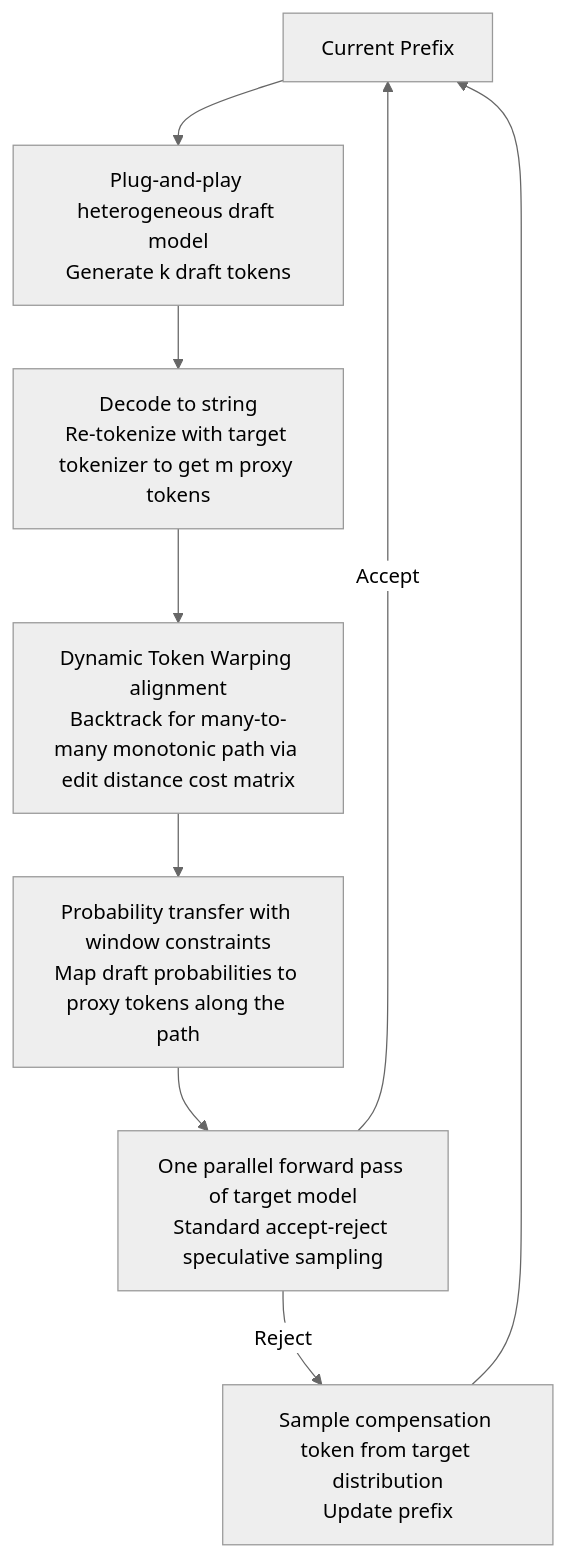
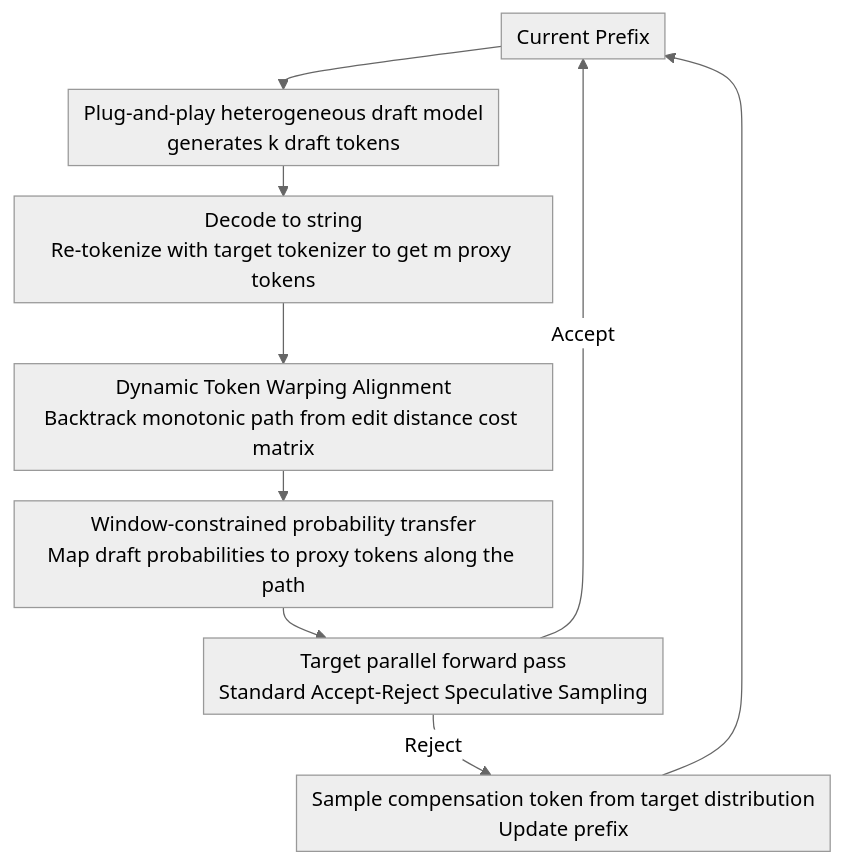
Before and after one commit to zhaoyang97/Paper-Notes-en: the diagram in docs/ACL2026/llm_efficiency/tokentiming_a_dynamic_alignment_method_for_universal_speculative_decoding_model_.md, drawn with Mermaid (neutral theme). The commit also changed other lines of this file and 5084 other files, not shown here.

````diff
--- a/docs/ACL2026/llm_efficiency/tokentiming_a_dynamic_alignment_method_for_universal_speculative_decoding_model_.md
+++ b/docs/ACL2026/llm_efficiency/tokentiming_a_dynamic_alignment_method_for_universal_speculative_decoding_model_.md
@@ -44,11 +44,12 @@
 ```mermaid
-graph TD
-    A["Current Prefix"] --> B["Plug-and-play heterogeneous draft model<br/>Generate k draft tokens"]
+%%{init: {'flowchart': {'rankSpacing': 24, 'nodeSpacing': 28, 'padding': 6, 'wrappingWidth': 400}}}%%
+flowchart TD
+    A["Current Prefix"] --> B["Plug-and-play heterogeneous draft model<br/>generates k draft tokens"]
     B --> C["Decode to string<br/>Re-tokenize with target tokenizer to get m proxy tokens"]
-    C --> D["Dynamic Token Warping alignment<br/>Backtrack for many-to-many monotonic path via edit distance cost matrix"]
-    D --> E["Probability transfer with window constraints<br/>Map draft probabilities to proxy tokens along the path"]
-    E --> F["One parallel forward pass of target model<br/>Standard accept-reject speculative sampling"]
+    C --> D["Dynamic Token Warping Alignment<br/>Backtrack monotonic path from edit distance cost matrix"]
+    D --> E["Window-constrained probability transfer<br/>Map draft probabilities to proxy tokens along the path"]
+    E --> F["Target parallel forward pass<br/>Standard Accept-Reject Speculative Sampling"]
     F -->|Accept| A
     F -->|Reject| G["Sample compensation token from target distribution<br/>Update prefix"]
     G --> A
 ```
````
